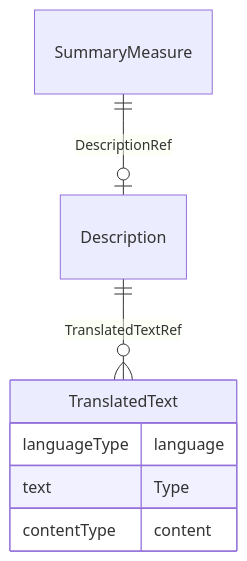
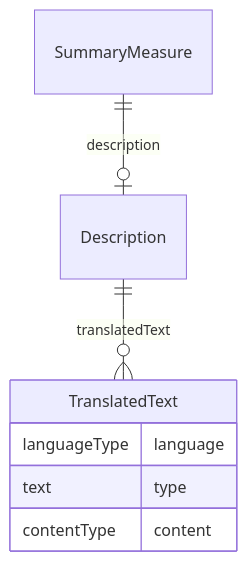
Before and after one commit to cdisc-org/DataExchange-ODM-LinkML: the diagram in docs/SummaryMeasure.md, drawn with Mermaid. The commit also changed other lines of this file and 759 other files, not shown here.

````diff
--- a/docs/SummaryMeasure.md
+++ b/docs/SummaryMeasure.md
@@ -11,18 +11,18 @@
 ```mermaid
 erDiagram
 SummaryMeasure {
 
 }
 Description {
 
 }
 TranslatedText {
     languageType language  
-    text Type  
+    text type  
     contentType content  
 }
 
-SummaryMeasure ||--|o Description : "DescriptionRef"
-Description ||--}o TranslatedText : "TranslatedTextRef"
+SummaryMeasure ||--|o Description : "description"
+Description ||--}o TranslatedText : "translatedText"
 
 ```
````
